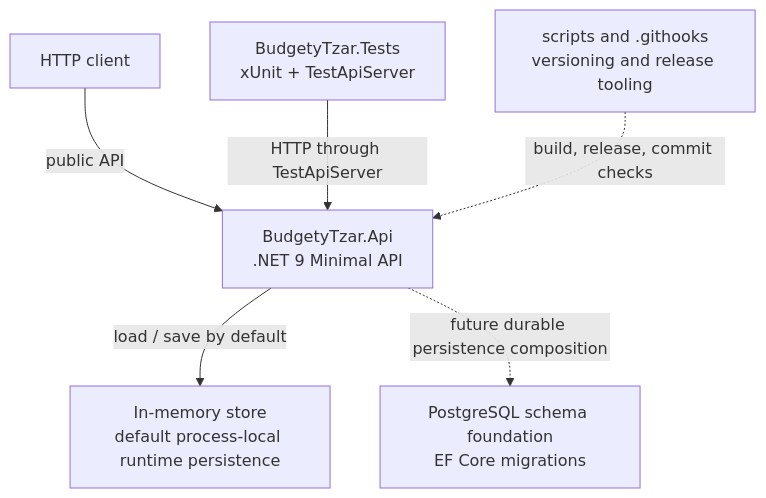
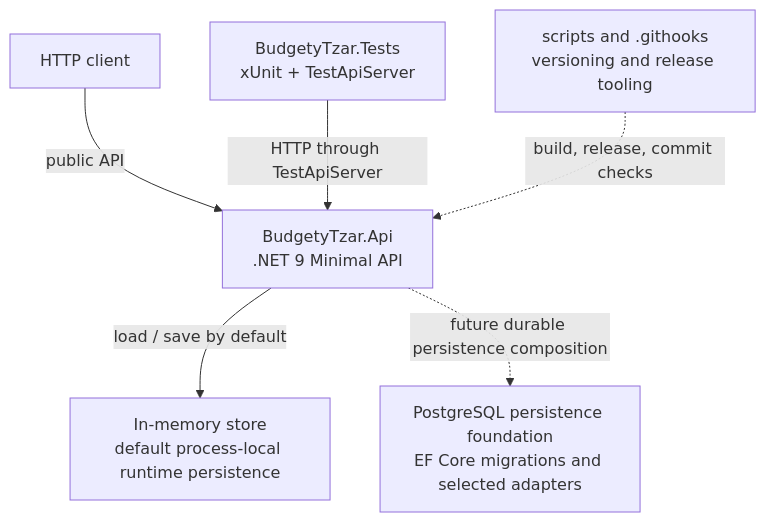
One commit to kierondye/BudgetyTzar changed the second of 5 diagrams in docs/architecture.md. Above: the diagram before and after it, drawn with Mermaid. The commit also changed other lines of this file and 6 other files, not shown here.

Commit message:
feat: add PostgreSQL transaction allocation adapters

````diff
--- a/docs/architecture.md
+++ b/docs/architecture.md
@@ -36,15 +36,15 @@
 ```mermaid
 flowchart TB
     client["HTTP client"]
     api["BudgetyTzar.Api<br/>.NET 9 Minimal API"]
     memory["In-memory store<br/>default process-local runtime persistence"]
-    postgres["PostgreSQL schema foundation<br/>EF Core migrations"]
+    postgres["PostgreSQL persistence foundation<br/>EF Core migrations and selected adapters"]
     tests["BudgetyTzar.Tests<br/>xUnit + TestApiServer"]
     scripts["scripts and .githooks<br/>versioning and release tooling"]
 
     client -->|"public API"| api
     api -->|"load / save by default"| memory
     api -.->|"future durable persistence composition"| postgres
     tests -->|"HTTP through TestApiServer"| api
     scripts -.->|"build, release, commit checks"| api
 ```
````
